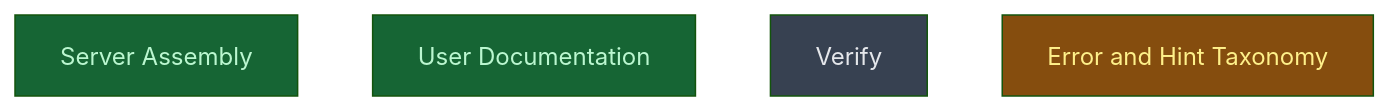
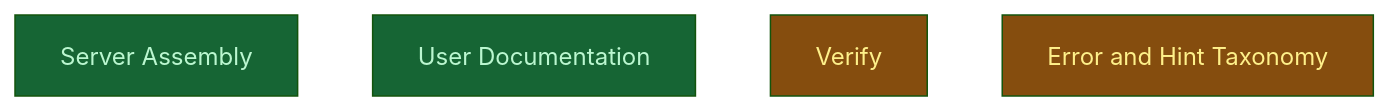
The diagram in __roadmap__/colgrep_mcp/build/tools/integrate/README.md (CrackingShells/colgrep-mcp), drawn with Mermaid (forest theme) before and after one commit. The commit also changed other lines of this file and 1 other file, not shown here.

Commit message:
docs(roadmap): start verify level

````diff
--- a/__roadmap__/colgrep_mcp/build/tools/integrate/README.md
+++ b/__roadmap__/colgrep_mcp/build/tools/integrate/README.md
@@ -18,12 +18,12 @@
 ```mermaid
 graph TD
     server_assembly[Server Assembly]:::done
     docs_readme[User Documentation]:::done
-    verify[Verify]:::planned
+    verify[Verify]:::inprogress
     error_taxonomy[Error and Hint Taxonomy]:::inprogress
     classDef done       fill:#166534,color:#bbf7d0
     classDef inprogress fill:#854d0e,color:#fef08a
     classDef planned    fill:#374151,color:#e5e7eb
     classDef amendment  fill:#1e3a5f,color:#bfdbfe
     classDef blocked    fill:#7f1d1d,color:#fecaca
 ```
````
